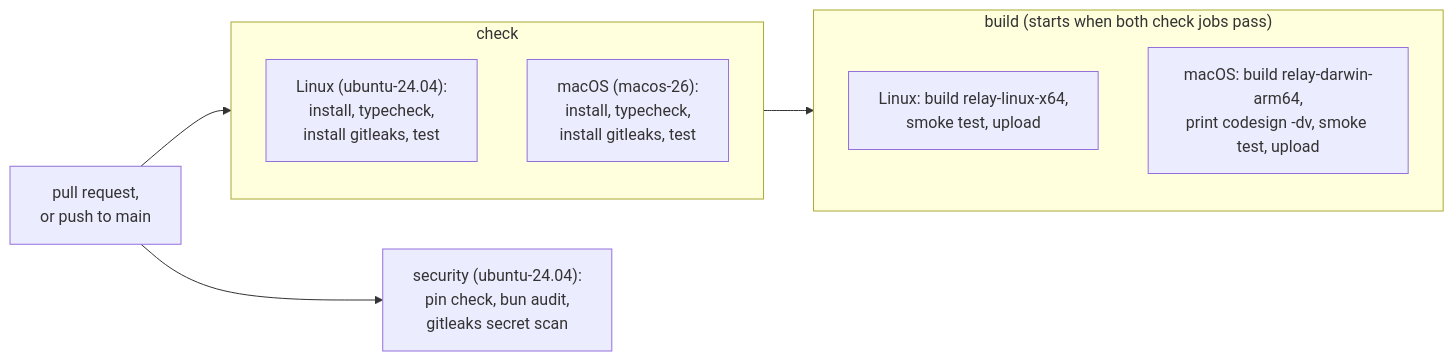
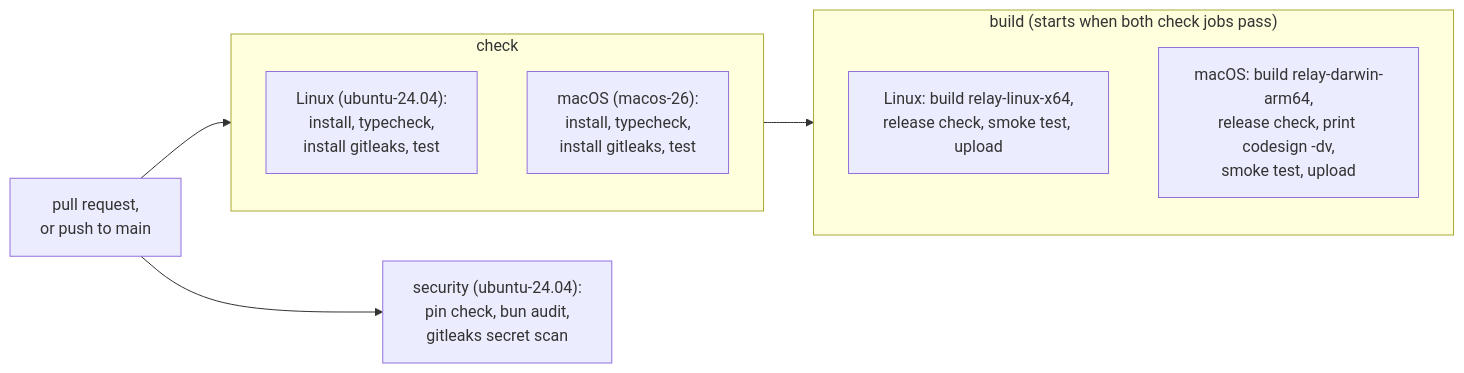
The diagram in docs/development.md (FrejusGdm/relay), drawn with Mermaid before and after one commit. The commit also changed other lines of this file and 40 other files, not shown here.

````diff
--- a/docs/development.md
+++ b/docs/development.md
@@ -104,20 +104,20 @@
 ```mermaid
 flowchart LR
   event["pull request,<br/>or push to main"]
 
   subgraph check["check"]
     checkLinux["Linux (ubuntu-24.04):<br/>install, typecheck,<br/>install gitleaks, test"]
     checkMac["macOS (macos-26):<br/>install, typecheck,<br/>install gitleaks, test"]
   end
 
   subgraph build["build (starts when both check jobs pass)"]
-    buildLinux["Linux: build relay-linux-x64,<br/>smoke test, upload"]
-    buildMac["macOS: build relay-darwin-arm64,<br/>print codesign -dv, smoke test, upload"]
+    buildLinux["Linux: build relay-linux-x64,<br/>release check, smoke test, upload"]
+    buildMac["macOS: build relay-darwin-arm64,<br/>release check, print codesign -dv,<br/>smoke test, upload"]
   end
 
   security["security (ubuntu-24.04):<br/>pin check, bun audit,<br/>gitleaks secret scan"]
 
   event --> check
   check --> build
   event --> security
 ```
````
